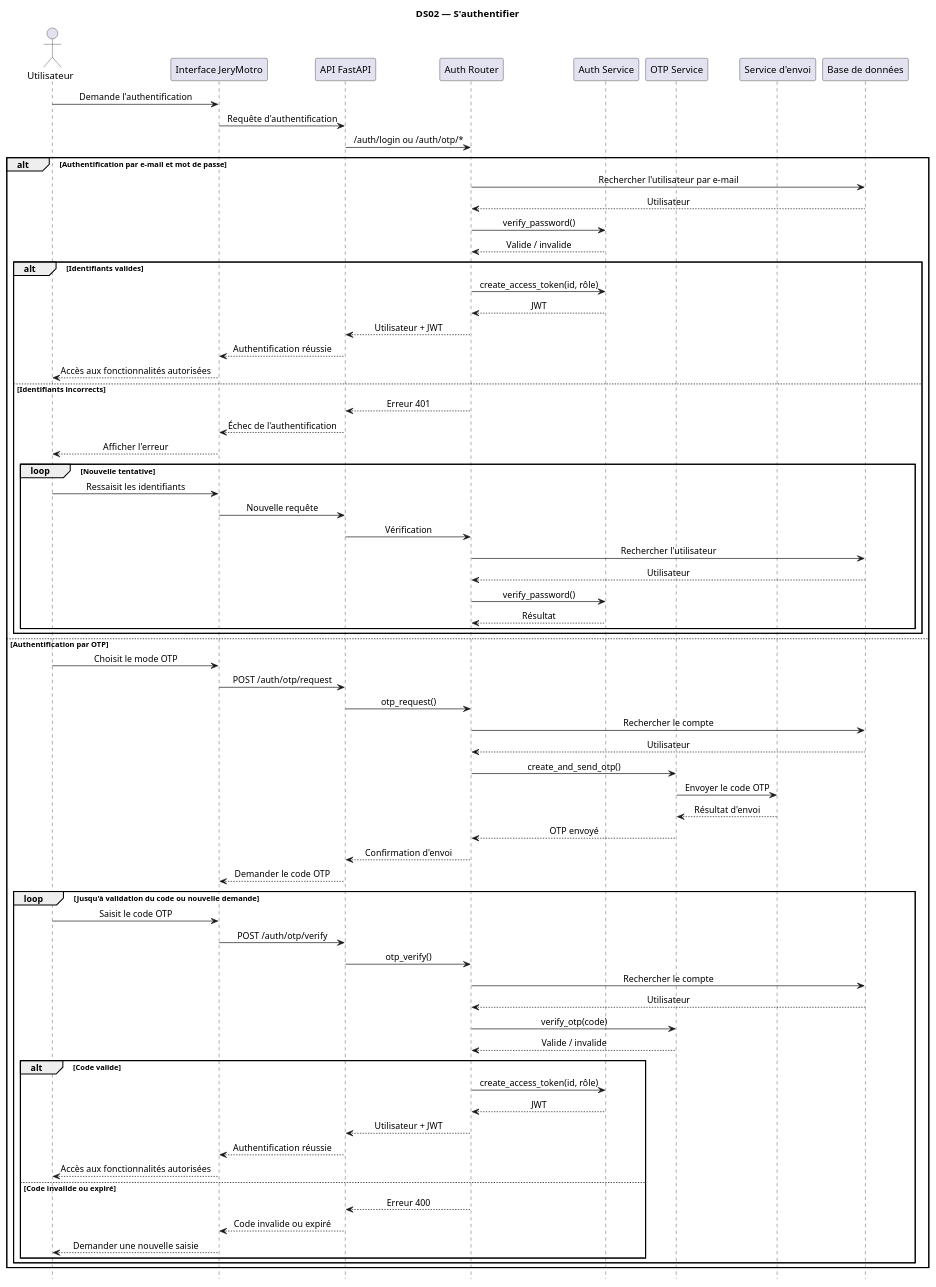
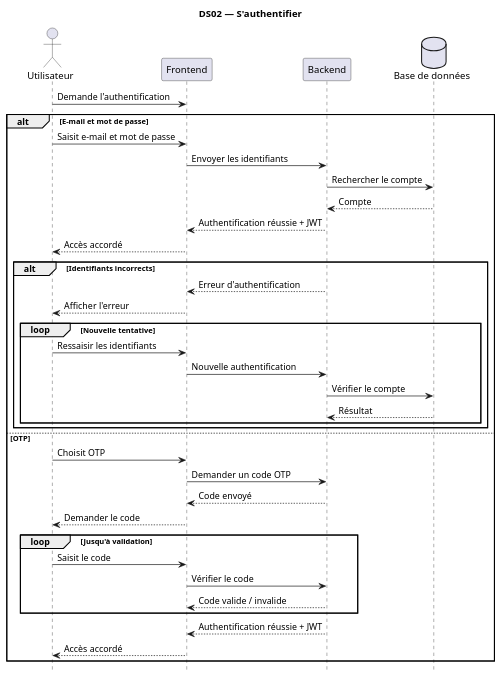
One commit to TkAbeleon/NoteAcemiqueProjetSoutenanceL3 changed the diagram in UML_JeryMotro/DS02_Sauthentifier.plantuml. Above: the diagram before and after it, drawn with PlantUML.

Commit message:
Alléger DS02 en conservant les deux modes d'authentification

```diff
--- a/UML_JeryMotro/DS02_Sauthentifier.plantuml
+++ b/UML_JeryMotro/DS02_Sauthentifier.plantuml
@@ -1,81 +1,46 @@
 @startuml
 
 title DS02 — S'authentifier
 hide footbox
 skinparam shadowing false
-skinparam sequenceMessageAlign center
 
 actor "Utilisateur" as U
-participant "Interface JeryMotro" as I
-participant "API FastAPI" as API
-participant "Auth Router" as AUTH
-participant "Auth Service" as AS
-participant "OTP Service" as OTP
-participant "Service d'envoi" as SEND
-participant "Base de données" as DB
+participant "Frontend" as F
+participant "Backend" as B
+database "Base de données" as DB
 
-U -> I : Demande l'authentification
-I -> API : Requête d'authentification
-API -> AUTH : /auth/login ou /auth/otp/*
+U -> F : Demande l'authentification
 
-alt Authentification par e-mail et mot de passe
-    AUTH -> DB : Rechercher l'utilisateur par e-mail
-    DB --> AUTH : Utilisateur
-    AUTH -> AS : verify_password()
-    AS --> AUTH : Valide / invalide
-    alt Identifiants valides
-        AUTH -> AS : create_access_token(id, rôle)
-        AS --> AUTH : JWT
-        AUTH --> API : Utilisateur + JWT
-        API --> I : Authentification réussie
-        I --> U : Accès aux fonctionnalités autorisées
-    else Identifiants incorrects
-        AUTH --> API : Erreur 401
-        API --> I : Échec de l'authentification
-        I --> U : Afficher l'erreur
+alt E-mail et mot de passe
+    U -> F : Saisit e-mail et mot de passe
+    F -> B : Envoyer les identifiants
+    B -> DB : Rechercher le compte
+    DB --> B : Compte
+    B --> F : Authentification réussie + JWT
+    F --> U : Accès accordé
+
+    alt Identifiants incorrects
+        B --> F : Erreur d'authentification
+        F --> U : Afficher l'erreur
         loop Nouvelle tentative
-            U -> I : Ressaisit les identifiants
-            I -> API : Nouvelle requête
-            API -> AUTH : Vérification
-            AUTH -> DB : Rechercher l'utilisateur
-            DB --> AUTH : Utilisateur
-            AUTH -> AS : verify_password()
-            AS --> AUTH : Résultat
+            U -> F : Ressaisir les identifiants
+            F -> B : Nouvelle authentification
+            B -> DB : Vérifier le compte
+            DB --> B : Résultat
         end
     end
-else Authentification par OTP
-    U -> I : Choisit le mode OTP
-    I -> API : POST /auth/otp/request
-    API -> AUTH : otp_request()
-    AUTH -> DB : Rechercher le compte
-    DB --> AUTH : Utilisateur
-    AUTH -> OTP : create_and_send_otp()
-    OTP -> SEND : Envoyer le code OTP
-    SEND --> OTP : Résultat d'envoi
-    OTP --> AUTH : OTP envoyé
-    AUTH --> API : Confirmation d'envoi
-    API --> I : Demander le code OTP
-
-    loop Jusqu'à validation du code ou nouvelle demande
-        U -> I : Saisit le code OTP
-        I -> API : POST /auth/otp/verify
-        API -> AUTH : otp_verify()
-        AUTH -> DB : Rechercher le compte
-        DB --> AUTH : Utilisateur
-        AUTH -> OTP : verify_otp(code)
-        OTP --> AUTH : Valide / invalide
-        alt Code valide
-            AUTH -> AS : create_access_token(id, rôle)
-            AS --> AUTH : JWT
-            AUTH --> API : Utilisateur + JWT
-            API --> I : Authentification réussie
-            I --> U : Accès aux fonctionnalités autorisées
-        else Code invalide ou expiré
-            AUTH --> API : Erreur 400
-            API --> I : Code invalide ou expiré
-            I --> U : Demander une nouvelle saisie
-        end
+else OTP
+    U -> F : Choisit OTP
+    F -> B : Demander un code OTP
+    B --> F : Code envoyé
+    F --> U : Demander le code
+    loop Jusqu'à validation
+        U -> F : Saisit le code
+        F -> B : Vérifier le code
+        B --> F : Code valide / invalide
     end
+    B --> F : Authentification réussie + JWT
+    F --> U : Accès accordé
 end
 
 @enduml
```
